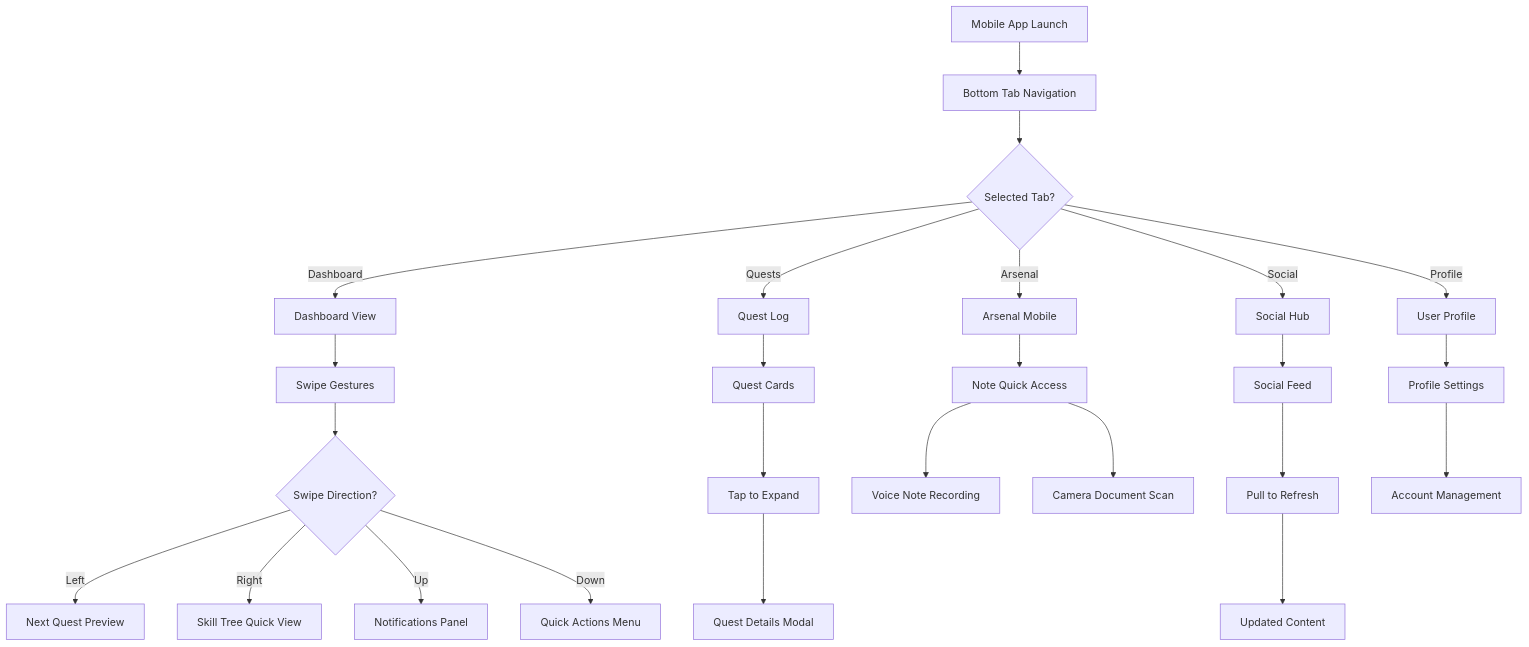
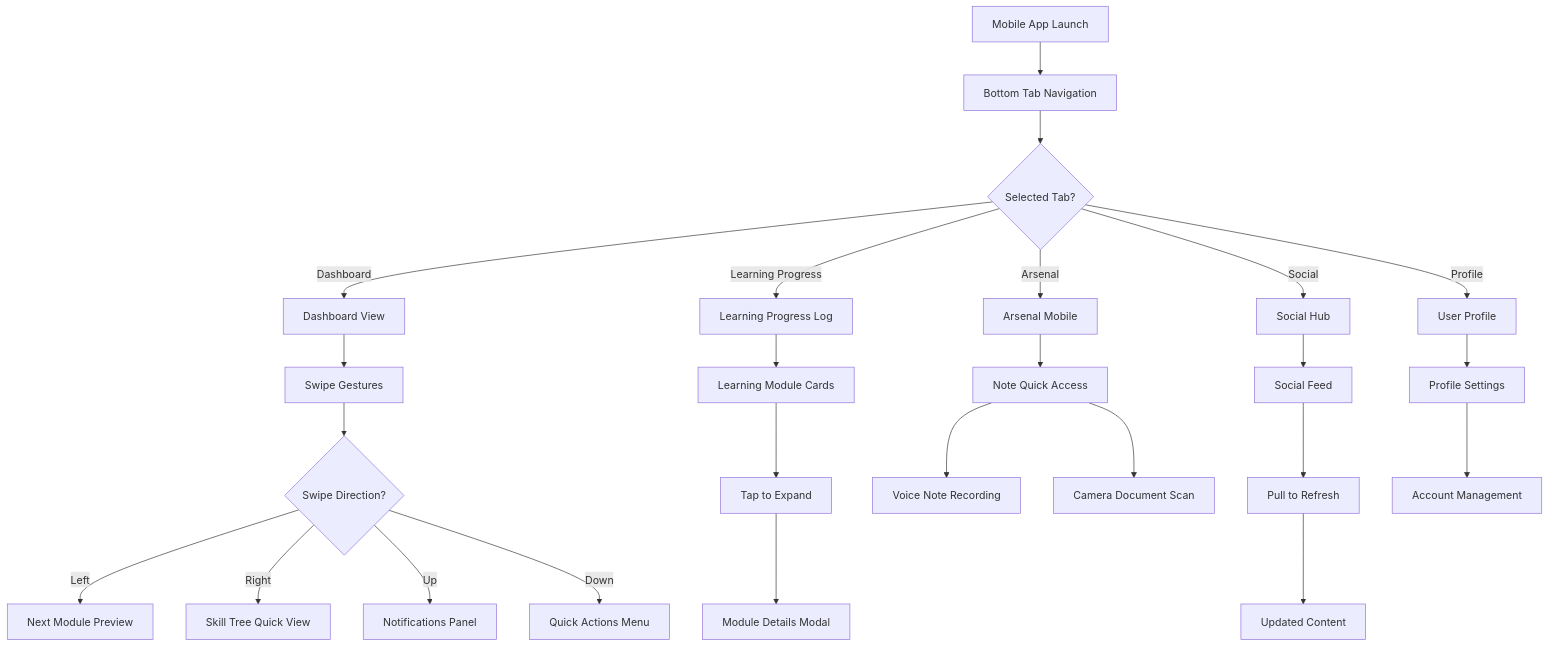
One commit to FA25SE050-RogueLearn/RogueLearn.BMAD.Documentation changed diagram 16 of 16 in docs/front-end-spec/user-flows-wireframes.md. Above: the diagram before and after it, drawn with Mermaid. The commit also changed other lines of this file and 14 other files, not shown here.

First line of the commit message:
docs: rename "quest" to "learning" in frontend documentation

````diff
--- a/docs/front-end-spec/user-flows-wireframes.md
+++ b/docs/front-end-spec/user-flows-wireframes.md
@@ -519,33 +519,33 @@
 ```mermaid
 graph TD
     A[Mobile App Launch] --> B[Bottom Tab Navigation]
     
     B --> C{Selected Tab?}
     C -->|Dashboard| D[Dashboard View]
-    C -->|Quests| E[Quest Log]
+    C -->|Learning Progress| E[Learning Progress Log]
     C -->|Arsenal| F[Arsenal Mobile]
     C -->|Social| G[Social Hub]
     C -->|Profile| H[User Profile]
     
     D --> I[Swipe Gestures]
     I --> J{Swipe Direction?}
-    J -->|Left| K[Next Quest Preview]
+    J -->|Left| K[Next Module Preview]
     J -->|Right| L[Skill Tree Quick View]
     J -->|Up| M[Notifications Panel]
     J -->|Down| N[Quick Actions Menu]
     
-    E --> O[Quest Cards]
+    E --> O[Learning Module Cards]
     O --> P[Tap to Expand]
-    P --> Q[Quest Details Modal]
+    P --> Q[Module Details Modal]
     
     F --> R[Note Quick Access]
     R --> S[Voice Note Recording]
     R --> T[Camera Document Scan]
     
     G --> U[Social Feed]
     U --> V[Pull to Refresh]
     V --> W[Updated Content]
     
     H --> X[Profile Settings]
     X --> Y[Account Management]
 ```
````
